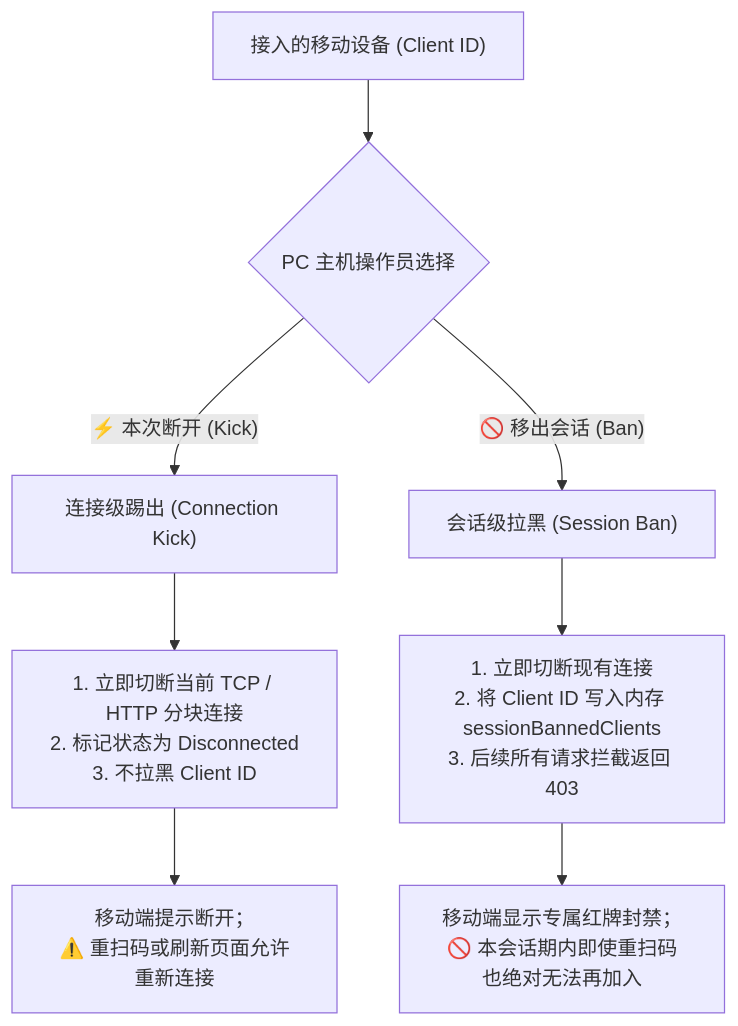
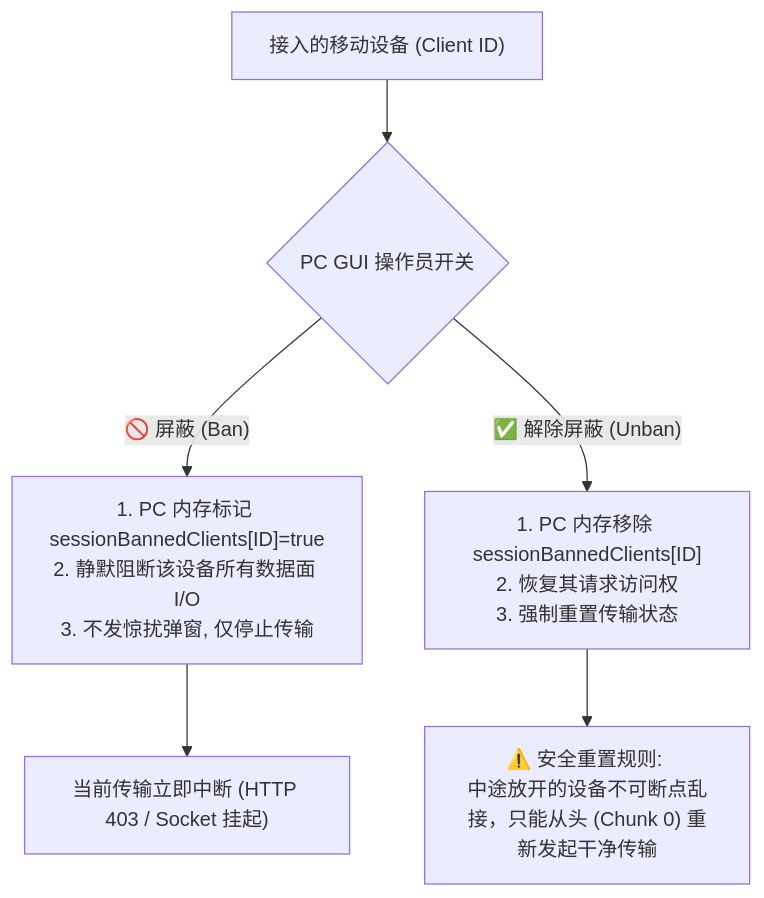
One commit to forpersuit/eqrcp changed the fifth of 6 diagrams in docs/future/20260901-e2ee-end-to-end-encryption-architecture.md. Above: the diagram before and after it, drawn with Mermaid. The commit also changed other lines of this file, not shown here.

Commit message:
docs(e2ee): simplify device management to silent ban gate and clean reset from scratch

````diff
--- a/docs/future/20260901-e2ee-end-to-end-encryption-architecture.md
+++ b/docs/future/20260901-e2ee-end-to-end-encryption-architecture.md
@@ -380,12 +380,9 @@
 ```mermaid
 graph TD
-    Device["接入的移动设备 (Client ID)"] --> Action{"PC 主机操作员选择"}
-    Action -->|"⚡ 本次断开 (Kick)"| Level1["连接级踢出 (Connection Kick)"]
-    Action -->|"🚫 移出会话 (Ban)"| Level2["会话级拉黑 (Session Ban)"]
+    Device["接入的移动设备 (Client ID)"] --> Switch{"PC GUI 操作员开关"}
+    Switch -->|"🚫 屏蔽 (Ban)"| GateClose["1. PC 内存标记 sessionBannedClients[ID]=true<br/>2. 静默阻断该设备所有数据面 I/O<br/>3. 不发惊扰弹窗, 仅停止传输"]
+    Switch -->|"✅ 解除屏蔽 (Unban)"| GateOpen["1. PC 内存移除 sessionBannedClients[ID]<br/>2. 恢复其请求访问权<br/>3. 强制重置传输状态"]
     
-    Level1 --> L1_Action["1. 立即切断当前 TCP / HTTP 分块连接<br/>2. 标记状态为 Disconnected<br/>3. 不拉黑 Client ID"]
-    L1_Action --> L1_Result["移动端提示断开；<br/>⚠️ 重扫码或刷新页面允许重新连接"]
-    
-    Level2 --> L2_Action["1. 立即切断现有连接<br/>2. 将 Client ID 写入内存 sessionBannedClients<br/>3. 后续所有请求拦截返回 403"]
-    L2_Action --> L2_Result["移动端显示专属红牌封禁；<br/>🚫 本会话期内即使重扫码也绝对无法再加入"]
+    GateClose --> TransferStop["当前传输立即中断 (HTTP 403 / Socket 挂起)"]
+    GateOpen --> ResetRule["⚠️ 安全重置规则: <br/>中途放开的设备不可断点乱接，只能从头 (Chunk 0) 重新发起干净传输"]
 ```
````
